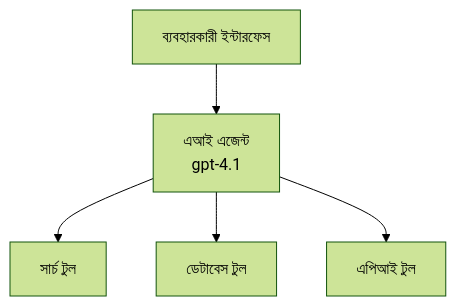
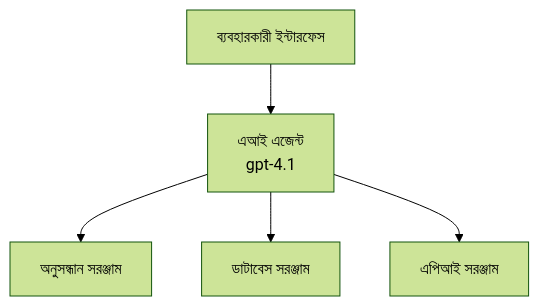
The first of 3 diagrams in translations/bn/docs/chapter-02-ai-development/agents.md (microsoft/AZD-for-beginners), drawn with Mermaid (forest theme) before and after one commit. The commit also changed other lines of this file and 62 other files, not shown here.

````diff
--- a/translations/bn/docs/chapter-02-ai-development/agents.md
+++ b/translations/bn/docs/chapter-02-ai-development/agents.md
@@ -162,7 +162,7 @@
 ```mermaid
 graph TD
     UI[ব্যবহারকারী ইন্টারফেস] --> Agent[এআই এজেন্ট<br/>gpt-4.1]
-    Agent --> Search[সার্চ টুল]
-    Agent --> Database[ডেটাবেস টুল]
-    Agent --> API[এপিআই টুল]
+    Agent --> Search[অনুসন্ধান সরঞ্জাম]
+    Agent --> Database[ডাটাবেস সরঞ্জাম]
+    Agent --> API[এপিআই সরঞ্জাম]
 ```
````
